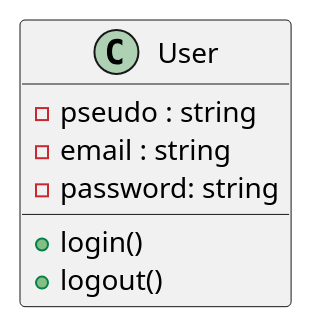
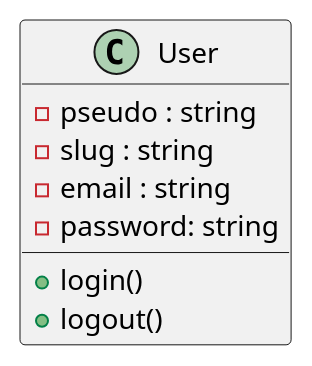
One commit to laurasullyalexandrine/the2dbubbles changed the diagram in diagrammes-uml/Class/User.puml. Above: the diagram before and after it, drawn with PlantUML. The commit also changed 4 other files, not shown here.

```diff
--- a/diagrammes-uml/Class/User.puml
+++ b/diagrammes-uml/Class/User.puml
@@ -1,14 +1,15 @@
 @startuml User
 
 Class User {
     
     - pseudo : string
+    - slug : string
     - email : string
     - password: string
     
     + login()
     + logout()
 
 }
 
 @enduml
```
